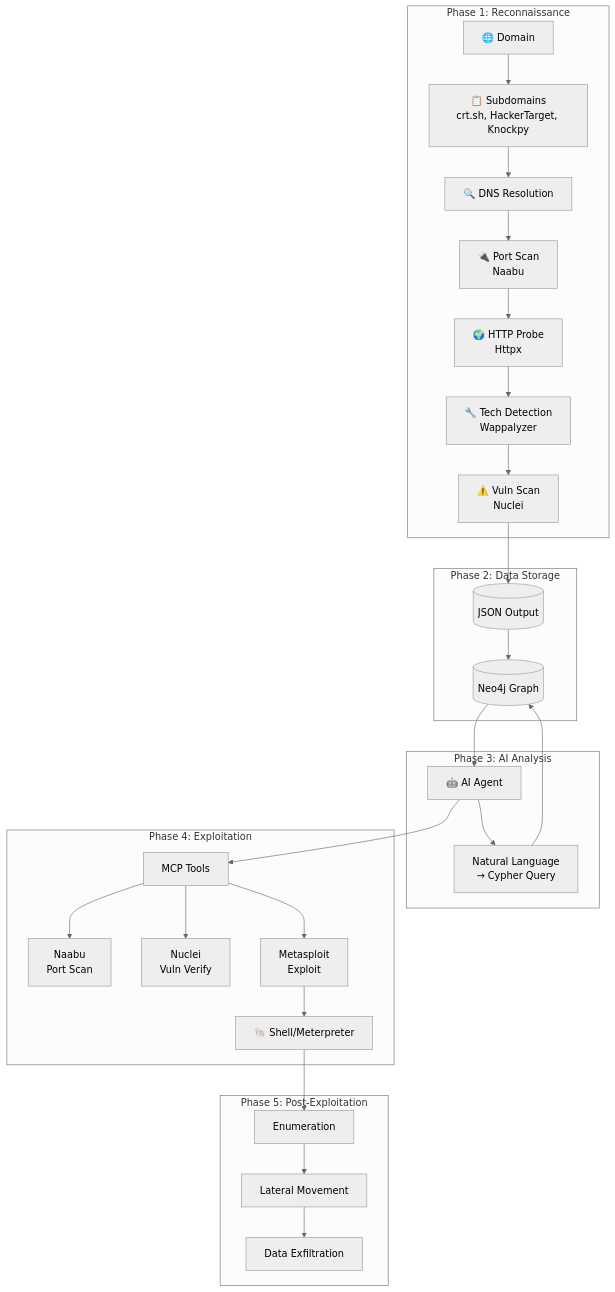
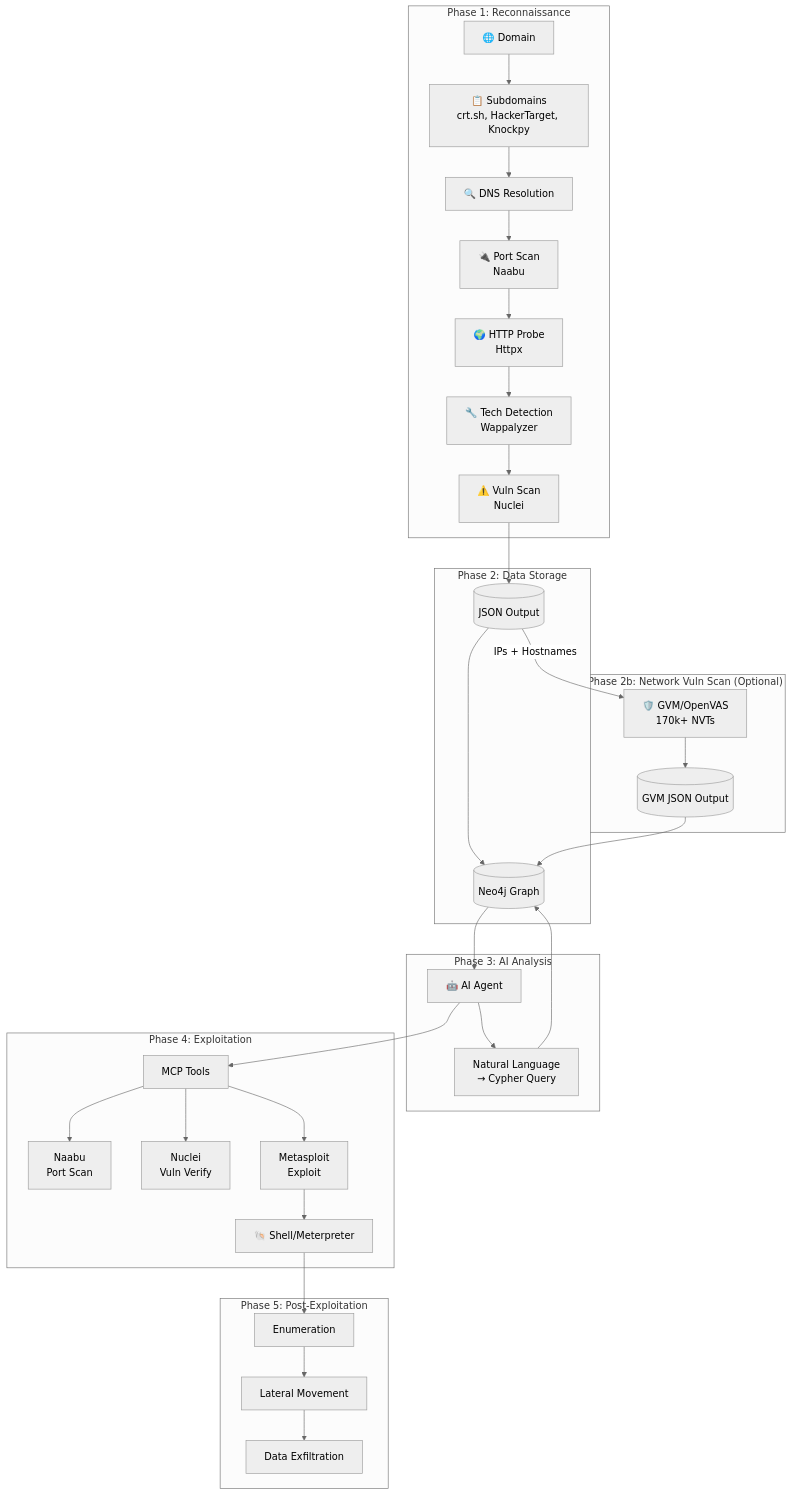
One commit to wizard2773/redamon changed the third of 8 diagrams in README.md. Above: the diagram before and after it, drawn with Mermaid (neutral theme). The commit also changed other lines of this file and 20 other files, not shown here.

````diff
--- a/README.md
+++ b/README.md
@@ -585,36 +860,42 @@
 ```mermaid
 flowchart TB
     subgraph Phase1["Phase 1: Reconnaissance"]
         Domain[🌐 Domain] --> Subdomains[📋 Subdomains<br/>crt.sh, HackerTarget, Knockpy]
         Subdomains --> DNS[🔍 DNS Resolution]
         DNS --> Ports[🔌 Port Scan<br/>Naabu]
         Ports --> HTTP[🌍 HTTP Probe<br/>Httpx]
         HTTP --> Tech[🔧 Tech Detection<br/>Wappalyzer]
         Tech --> Vulns[⚠️ Vuln Scan<br/>Nuclei]
     end
 
     subgraph Phase2["Phase 2: Data Storage"]
         Vulns --> JSON[(JSON Output)]
         JSON --> Graph[(Neo4j Graph)]
+    end
+
+    subgraph Phase2b["Phase 2b: Network Vuln Scan (Optional)"]
+        JSON -->|IPs + Hostnames| GVM[🛡️ GVM/OpenVAS<br/>170k+ NVTs]
+        GVM --> GVMResults[(GVM JSON Output)]
+        GVMResults --> Graph
     end
 
     subgraph Phase3["Phase 3: AI Analysis"]
         Graph --> Agent[🤖 AI Agent]
         Agent --> Query[Natural Language<br/>→ Cypher Query]
         Query --> Graph
     end
 
     subgraph Phase4["Phase 4: Exploitation"]
         Agent --> MCP[MCP Tools]
         MCP --> Naabu2[Naabu<br/>Port Scan]
         MCP --> Nuclei2[Nuclei<br/>Vuln Verify]
         MCP --> MSF[Metasploit<br/>Exploit]
         MSF --> Shell[🐚 Shell/Meterpreter]
     end
 
     subgraph Phase5["Phase 5: Post-Exploitation"]
         Shell --> Enum[Enumeration]
         Enum --> Pivot[Lateral Movement]
         Pivot --> Exfil[Data Exfiltration]
     end
 ```
````
